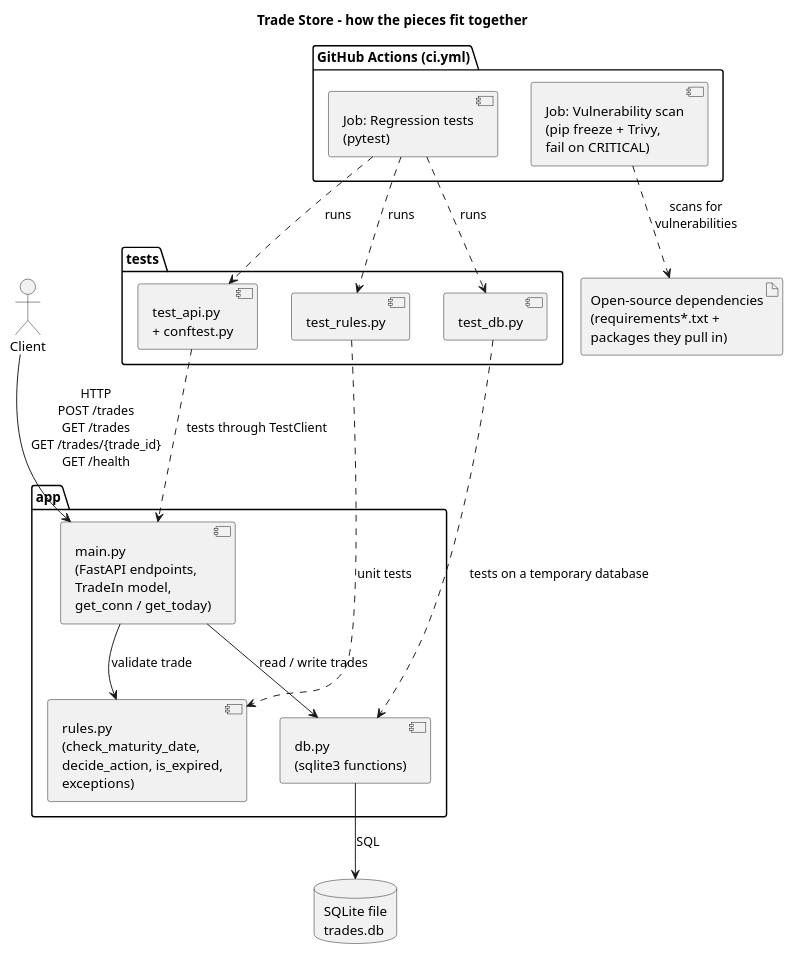
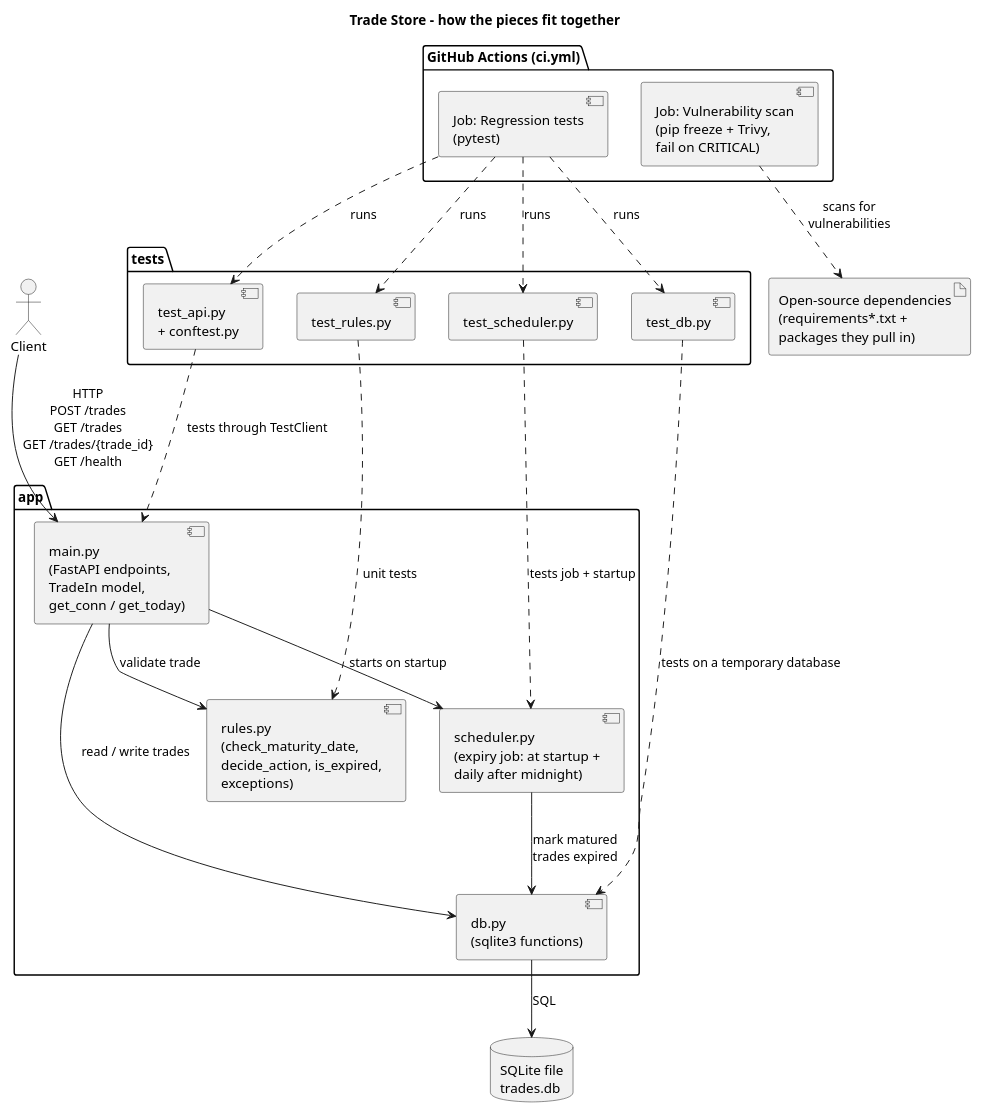
One commit to nishantarya4/deutsche-assign changed the diagram in docs/diagrams/components.puml. Above: the diagram before and after it, drawn with PlantUML. The commit also changed 2 other files, not shown here.

Commit message:
docs: describe scheduled expiry in README and component diagram

```diff
--- a/docs/diagrams/components.puml
+++ b/docs/diagrams/components.puml
@@ -1,41 +1,47 @@
 @startuml components
 title Trade Store - how the pieces fit together
 
 actor Client
 
 package "app" {
   component "main.py\n(FastAPI endpoints,\nTradeIn model,\nget_conn / get_today)" as Main
   component "rules.py\n(check_maturity_date,\ndecide_action, is_expired,\nexceptions)" as Rules
   component "db.py\n(sqlite3 functions)" as DB
+  component "scheduler.py\n(expiry job: at startup +\ndaily after midnight)" as Sched
 }
 
 database "SQLite file\ntrades.db" as SQLite
 
 artifact "Open-source dependencies\n(requirements*.txt +\npackages they pull in)" as Deps
 
 package "tests" {
   component "test_rules.py" as TRules
   component "test_db.py" as TDB
   component "test_api.py\n+ conftest.py" as TAPI
+  component "test_scheduler.py" as TSched
 }
 
 package "GitHub Actions (ci.yml)" {
   component "Job: Regression tests\n(pytest)" as CITest
   component "Job: Vulnerability scan\n(pip freeze + Trivy,\nfail on CRITICAL)" as CIScan
 }
 
 Client --> Main : HTTP\nPOST /trades\nGET /trades\nGET /trades/{trade_id}\nGET /health
 Main --> Rules : validate trade
 Main --> DB : read / write trades
+Main --> Sched : starts on startup
+Sched --> DB : mark matured\ntrades expired
 DB --> SQLite : SQL
 
 TRules ..> Rules : unit tests
 TDB ..> DB : tests on a temporary database
 TAPI ..> Main : tests through TestClient
 
 CITest ..> TRules : runs
 CITest ..> TDB : runs
 CITest ..> TAPI : runs
+CITest ..> TSched : runs
+TSched ..> Sched : tests job + startup
 CIScan ..> Deps : scans for\nvulnerabilities
 
 @enduml
```
